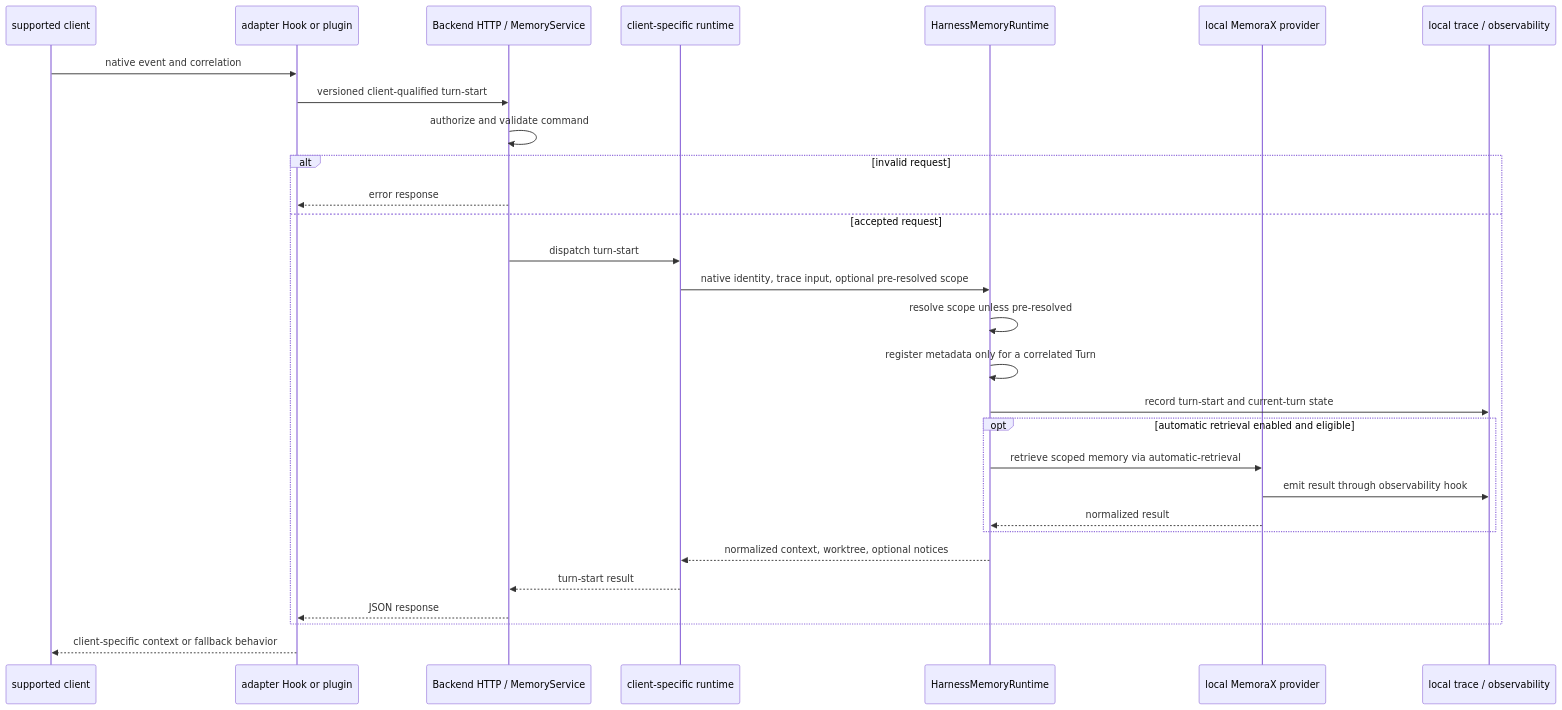
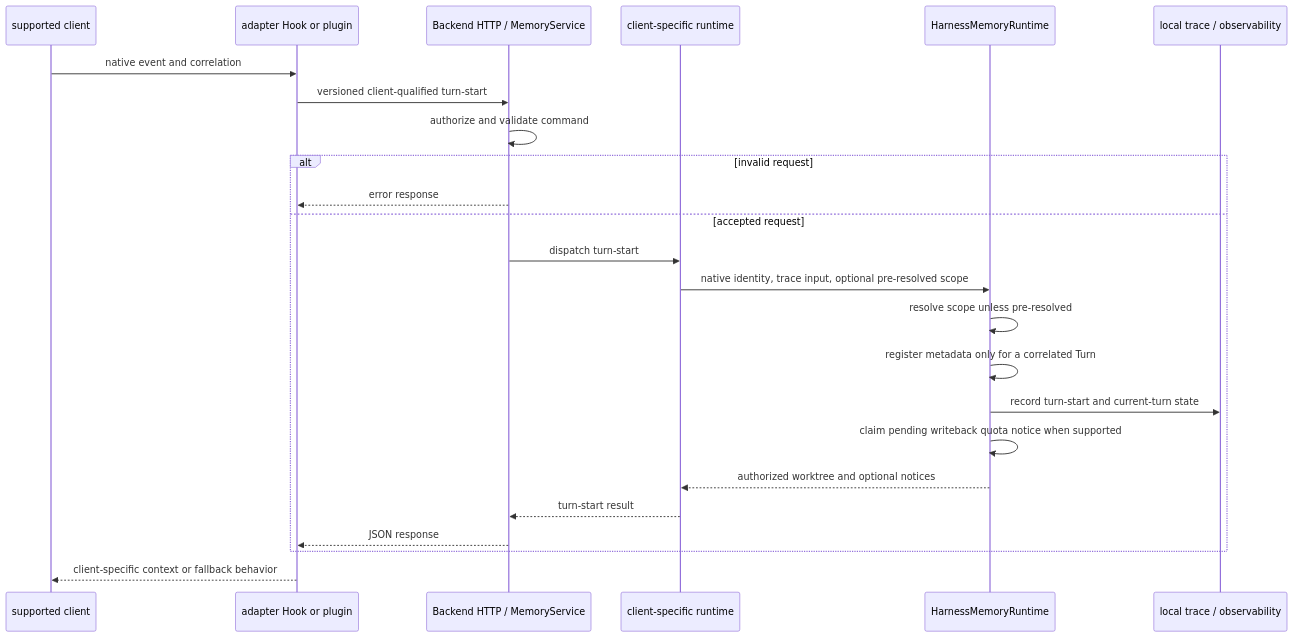
The third of 7 diagrams in ARCHITECTURE.md (SimonEskildse/memorax-code), drawn with Mermaid before and after one commit. The commit also changed other lines of this file and 72 other files, not shown here.

Commit message:
refactor:(memory) remove automatic hook search

````diff
--- a/ARCHITECTURE.md
+++ b/ARCHITECTURE.md
@@ -485,32 +484,27 @@
 ```mermaid
 sequenceDiagram
   participant Client as supported client
   participant Hook as adapter Hook or plugin
   participant Backend as Backend HTTP / MemoryService
   participant Native as client-specific runtime
   participant Shared as HarnessMemoryRuntime
-  participant Provider as local MemoraX provider
   participant Trace as local trace / observability
 
   Client->>Hook: native event and correlation
   Hook->>Backend: versioned client-qualified turn-start
   Backend->>Backend: authorize and validate command
   alt invalid request
     Backend-->>Hook: error response
   else accepted request
     Backend->>Native: dispatch turn-start
     Native->>Shared: native identity, trace input, optional pre-resolved scope
     Shared->>Shared: resolve scope unless pre-resolved
     Shared->>Shared: register metadata only for a correlated Turn
     Shared->>Trace: record turn-start and current-turn state
-    opt automatic retrieval enabled and eligible
-      Shared->>Provider: retrieve scoped memory via automatic-retrieval
-      Provider->>Trace: emit result through observability hook
-      Provider-->>Shared: normalized result
-    end
-    Shared-->>Native: normalized context, worktree, optional notices
+    Shared->>Shared: claim pending writeback quota notice when supported
+    Shared-->>Native: authorized worktree and optional notices
     Native-->>Backend: turn-start result
     Backend-->>Hook: JSON response
   end
   Hook-->>Client: client-specific context or fallback behavior
 ```
````
